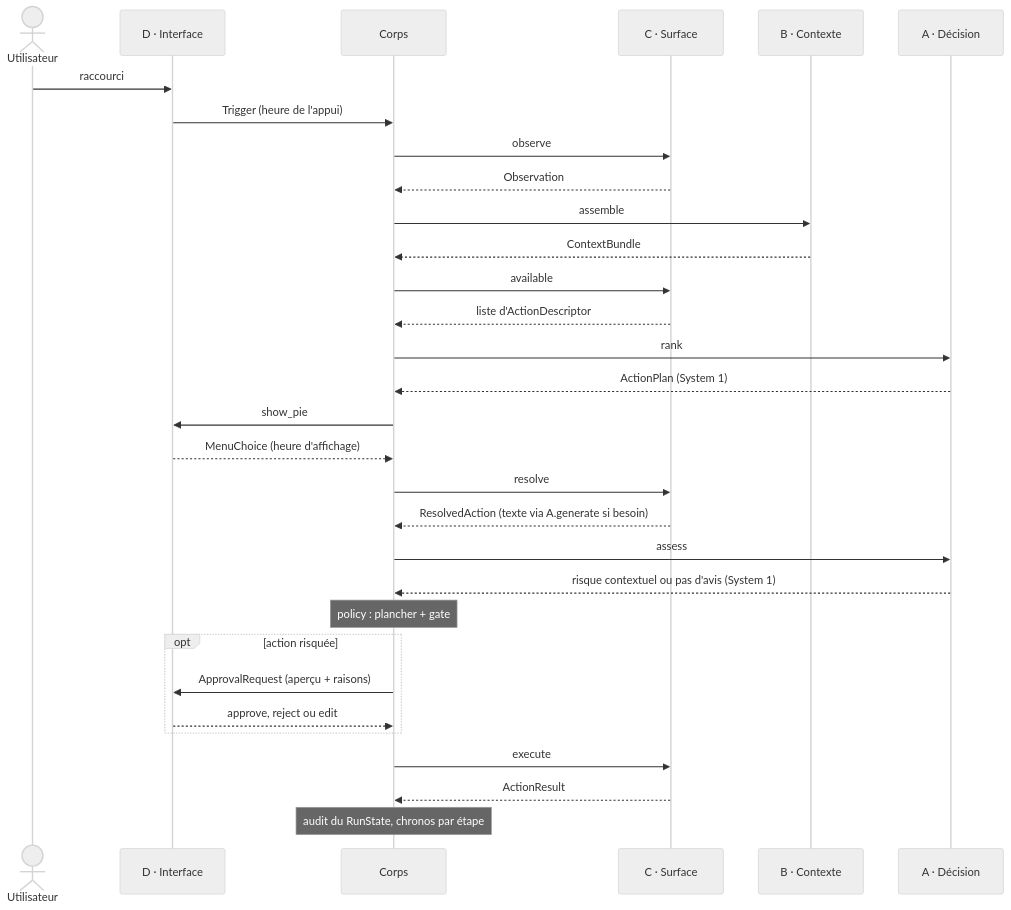
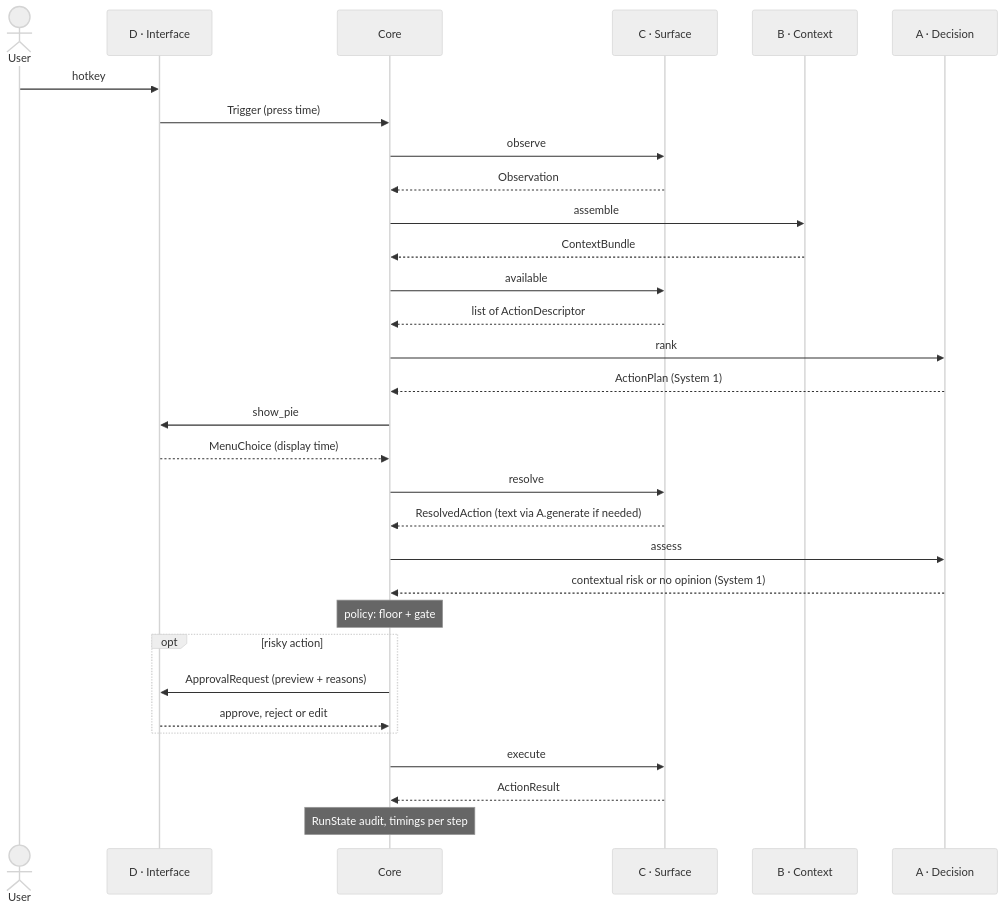
The second of 3 diagrams in docs/architecture.md (ramosleandre/bloom-core), drawn with Mermaid (neutral theme) before and after one commit. The commit also changed other lines of this file and 67 other files, not shown here.

````diff
--- a/docs/architecture.md
+++ b/docs/architecture.md
@@ -40,33 +40,33 @@
 ```mermaid
 sequenceDiagram
-    actor U as Utilisateur
+    actor U as User
     participant D as D · Interface
-    participant K as Corps
+    participant K as Core
     participant C as C · Surface
-    participant B as B · Contexte
-    participant A as A · Décision
-    U->>D: raccourci
-    D->>K: Trigger (heure de l'appui)
+    participant B as B · Context
+    participant A as A · Decision
+    U->>D: hotkey
+    D->>K: Trigger (press time)
     K->>C: observe
     C-->>K: Observation
     K->>B: assemble
     B-->>K: ContextBundle
     K->>C: available
-    C-->>K: liste d'ActionDescriptor
+    C-->>K: list of ActionDescriptor
     K->>A: rank
     A-->>K: ActionPlan (System 1)
     K->>D: show_pie
-    D-->>K: MenuChoice (heure d'affichage)
+    D-->>K: MenuChoice (display time)
     K->>C: resolve
-    C-->>K: ResolvedAction (texte via A.generate si besoin)
+    C-->>K: ResolvedAction (text via A.generate if needed)
     K->>A: assess
-    A-->>K: risque contextuel ou pas d'avis (System 1)
-    Note over K: policy : plancher + gate
-    opt action risquée
-        K->>D: ApprovalRequest (aperçu + raisons)
-        D-->>K: approve, reject ou edit
+    A-->>K: contextual risk or no opinion (System 1)
+    Note over K: policy: floor + gate
+    opt risky action
+        K->>D: ApprovalRequest (preview + reasons)
+        D-->>K: approve, reject or edit
     end
     K->>C: execute
     C-->>K: ActionResult
-    Note over K: audit du RunState, chronos par étape
+    Note over K: RunState audit, timings per step
 ```
````
